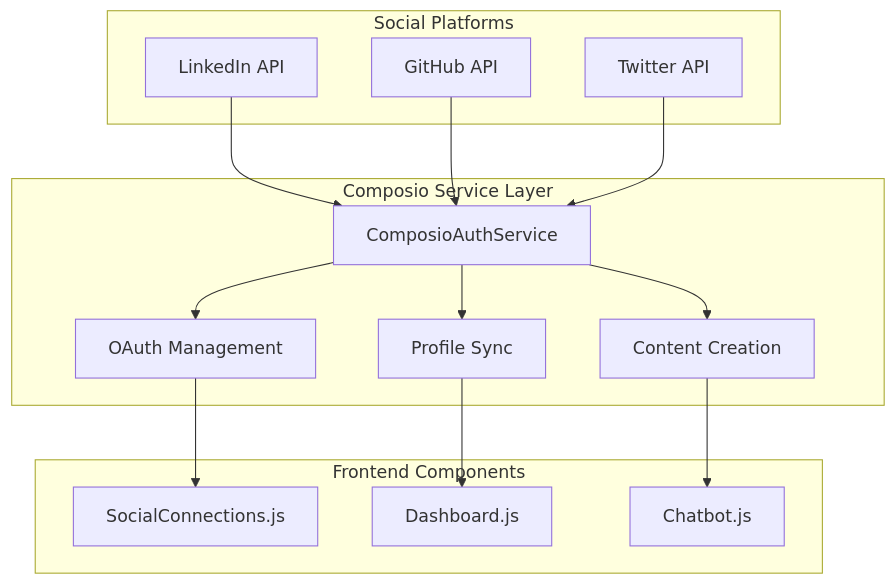
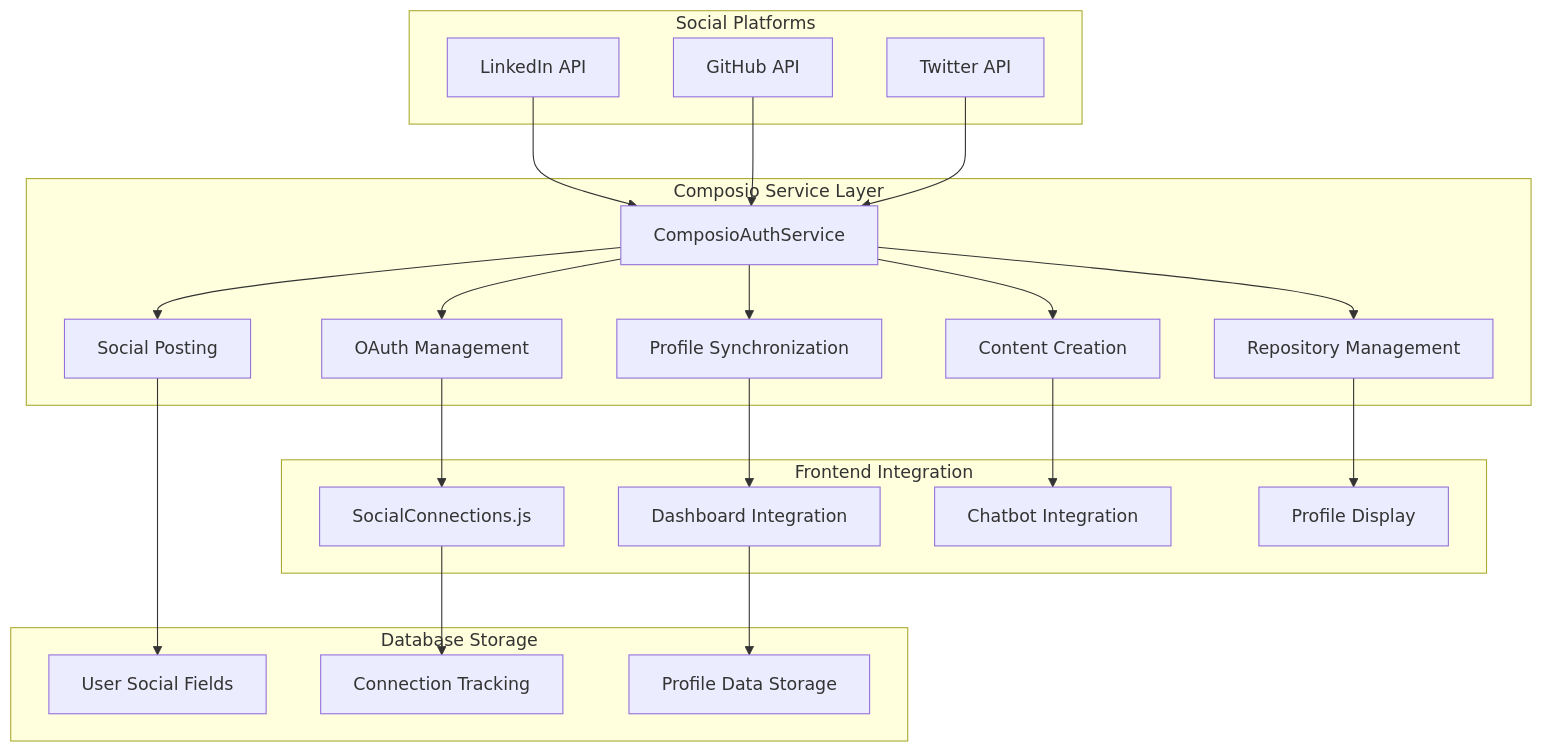
One commit to abhiabhi150614/video-pop-up-for-steaming changed the fifth of 8 diagrams in README.md. Above: the diagram before and after it, drawn with Mermaid. The commit also changed other lines of this file, not shown here.

````diff
--- a/README.md
+++ b/README.md
@@ -443,31 +617,46 @@
 ```mermaid
 flowchart TB
     subgraph "Social Platforms"
         LI[LinkedIn API]
         GH[GitHub API]
         TW[Twitter API]
     end
     
     subgraph "Composio Service Layer"
         CS[ComposioAuthService]
         AUTH[OAuth Management]
-        PROF[Profile Sync]
+        PROF[Profile Synchronization]
         CONT[Content Creation]
+        REPO[Repository Management]
+        POST[Social Posting]
     end
     
-    subgraph "Frontend Components"
+    subgraph "Frontend Integration"
         SC[SocialConnections.js]
-        DASH[Dashboard.js]
-        CHAT[Chatbot.js]
+        DASH[Dashboard Integration]
+        CHAT[Chatbot Integration]
+        PROF_UI[Profile Display]
+    end
+    
+    subgraph "Database Storage"
+        USER[User Social Fields]
+        CONN[Connection Tracking]
+        SYNC[Profile Data Storage]
     end
     
     LI --> CS
     GH --> CS
     TW --> CS
     CS --> AUTH
     CS --> PROF
     CS --> CONT
+    CS --> REPO
+    CS --> POST
     AUTH --> SC
     PROF --> DASH
     CONT --> CHAT
+    REPO --> PROF_UI
+    POST --> USER
+    SC --> CONN
+    DASH --> SYNC
 ```
````
